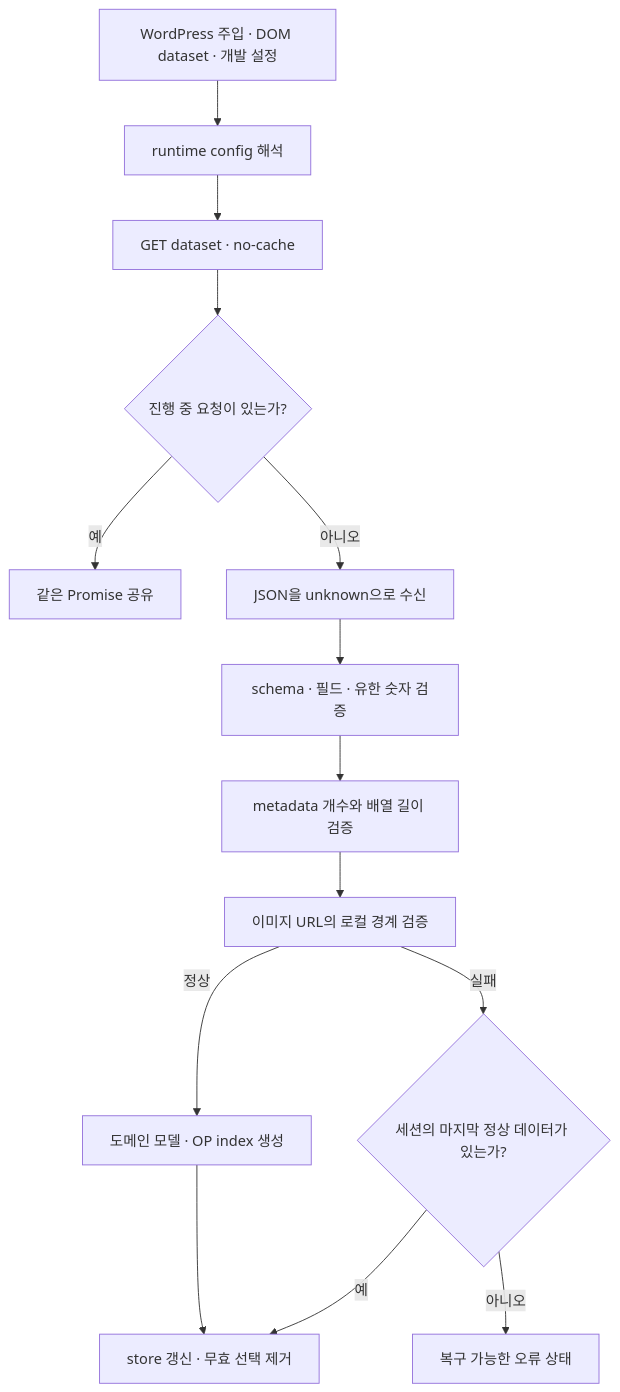
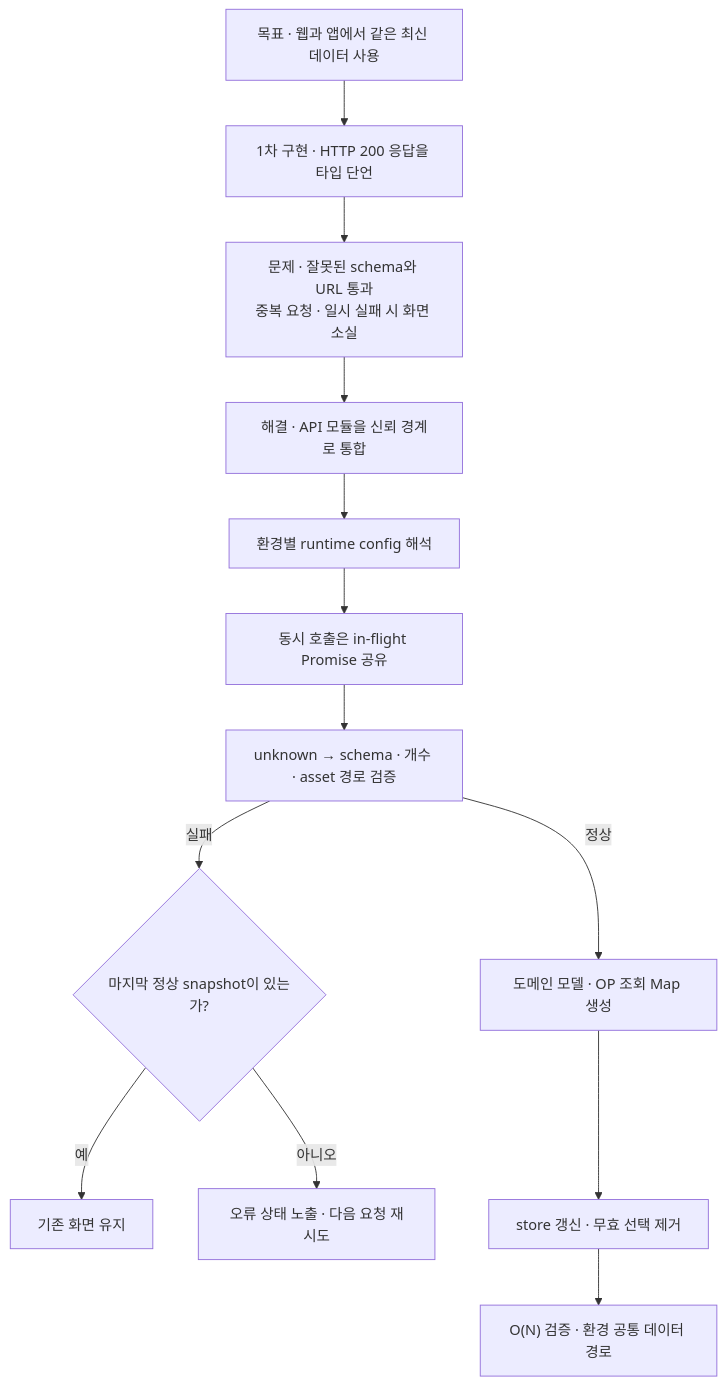
Before and after one commit to kimdol/my-tft-app: the fourth of 6 diagrams in vite-project/src/features/README.md, drawn with Mermaid. The commit also changed other lines of this file, not shown here.

````diff
--- a/vite-project/src/features/README.md
+++ b/vite-project/src/features/README.md
@@ -135,16 +135,15 @@
 ```mermaid
 flowchart TD
-    Runtime["WordPress 주입 · DOM dataset · 개발 설정"] --> Resolve["runtime config 해석"]
-    Resolve --> Request["GET dataset · no-cache"]
-    Request --> Shared{"진행 중 요청이 있는가?"}
-    Shared -->|예| Promise["같은 Promise 공유"]
-    Shared -->|아니오| Response["JSON을 unknown으로 수신"]
-    Response --> Schema["schema · 필드 · 유한 숫자 검증"]
-    Schema --> Count["metadata 개수와 배열 길이 검증"]
-    Count --> Asset["이미지 URL의 로컬 경계 검증"]
-    Asset -->|정상| Normalize["도메인 모델 · OP index 생성"]
+    Goal["목표 · 웹과 앱에서 같은 최신 데이터 사용"] --> Simple["1차 구현 · HTTP 200 응답을 타입 단언"]
+    Simple --> Failure["문제 · 잘못된 schema와 URL 통과<br/>중복 요청 · 일시 실패 시 화면 소실"]
+    Failure --> Boundary["해결 · API 모듈을 신뢰 경계로 통합"]
+    Boundary --> Resolve["환경별 runtime config 해석"]
+    Resolve --> Shared["동시 호출은 in-flight Promise 공유"]
+    Shared --> Validate["unknown → schema · 개수 · asset 경로 검증"]
+    Validate -->|정상| Normalize["도메인 모델 · OP 조회 Map 생성"]
+    Validate -->|실패| Fallback{"마지막 정상 snapshot이 있는가?"}
+    Fallback -->|예| Keep["기존 화면 유지"]
+    Fallback -->|아니오| Error["오류 상태 노출 · 다음 요청 재시도"]
     Normalize --> Store["store 갱신 · 무효 선택 제거"]
-    Asset -->|실패| Fallback{"세션의 마지막 정상 데이터가 있는가?"}
-    Fallback -->|예| Store
-    Fallback -->|아니오| Error["복구 가능한 오류 상태"]
+    Store --> Result["O(N) 검증 · 환경 공통 데이터 경로"]
 ```
````
